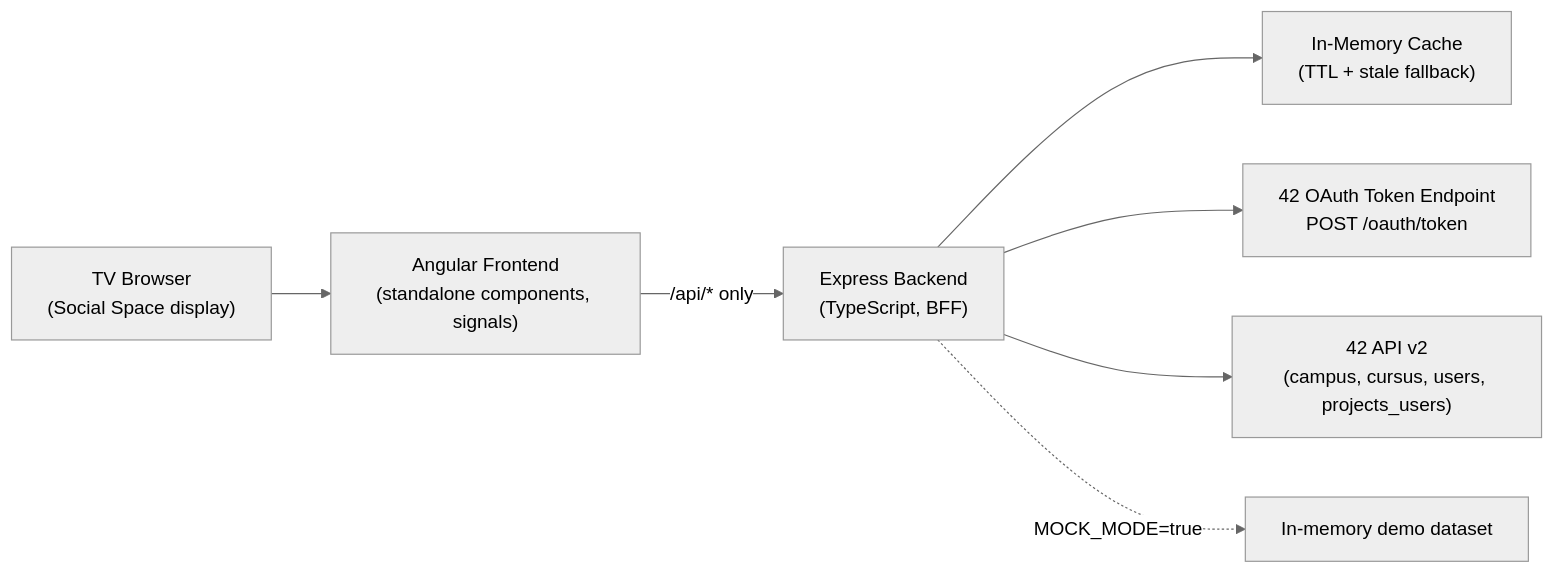
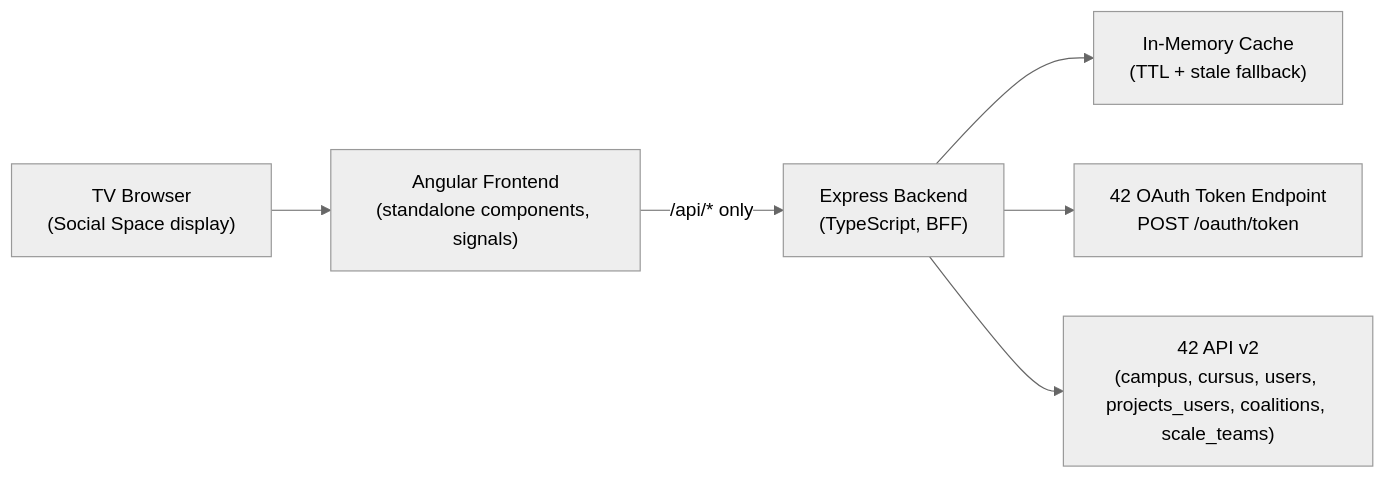
One commit to enesemreeravci/42-Warsaw-Hacks-mafzal-eeravci changed the first of 2 diagrams in docs/ARCHITECTURE.md. Above: the diagram before and after it, drawn with Mermaid (neutral theme). The commit also changed other lines of this file and 38 other files, not shown here.

````diff
--- a/docs/ARCHITECTURE.md
+++ b/docs/ARCHITECTURE.md
@@ -24,9 +24,8 @@
 ```mermaid
 flowchart LR
     TV["TV Browser<br/>(Social Space display)"] --> Angular["Angular Frontend<br/>(standalone components, signals)"]
     Angular -->|"/api/* only"| BFF["Express Backend<br/>(TypeScript, BFF)"]
     BFF --> Cache["In-Memory Cache<br/>(TTL + stale fallback)"]
     BFF --> OAuth["42 OAuth Token Endpoint<br/>POST /oauth/token"]
-    BFF --> API["42 API v2<br/>(campus, cursus, users, projects_users)"]
-    BFF -.->|"MOCK_MODE=true"| Mock["In-memory demo dataset"]
+    BFF --> API["42 API v2<br/>(campus, cursus, users, projects_users, coalitions, scale_teams)"]
 ```
````
